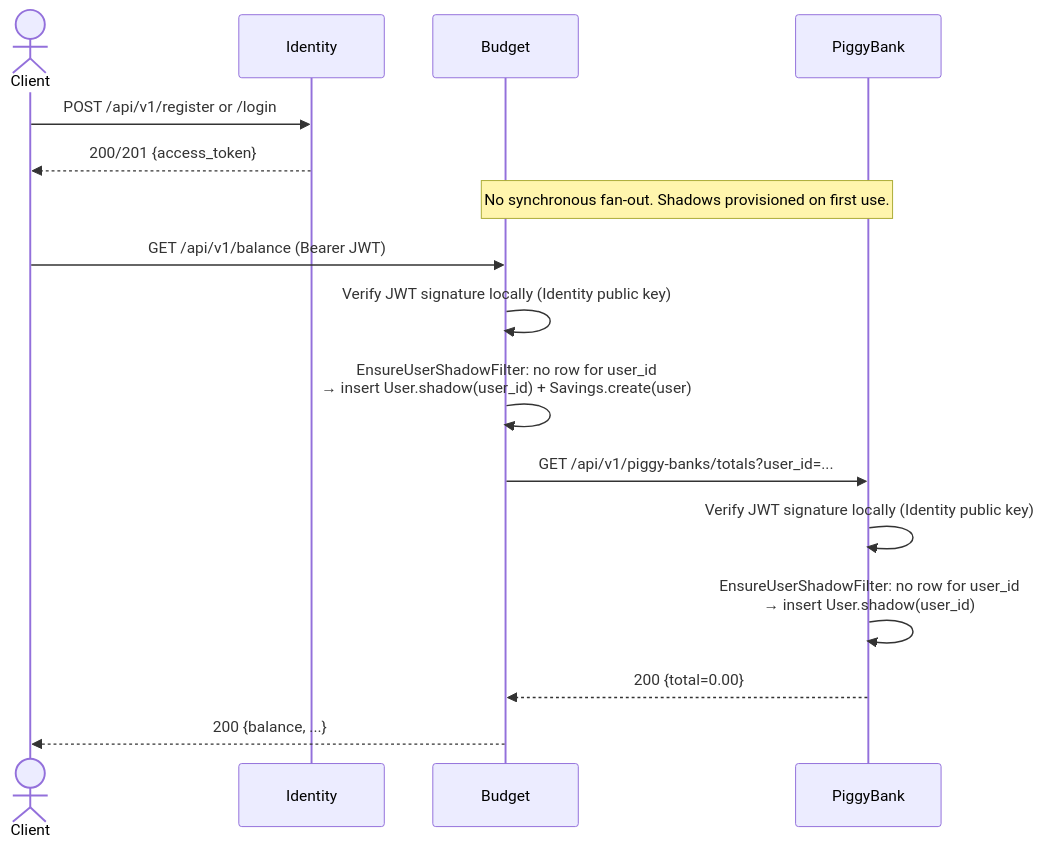
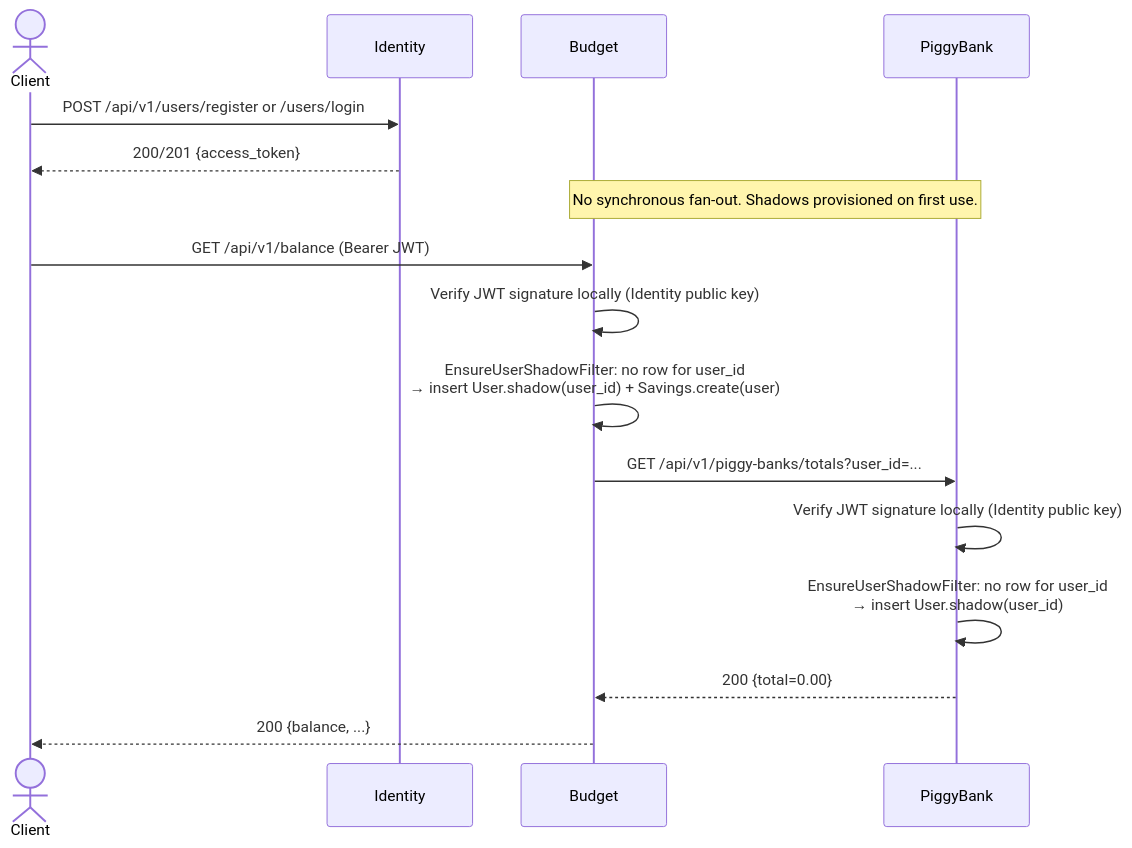
One commit to Papajohn77/Budget-Management changed the second of 4 diagrams in deliverable-a.md. Above: the diagram before and after it, drawn with Mermaid. The commit also changed other lines of this file, not shown here.

Commit message:
Align deliverable A with implementation (/users paths, User entity)

````diff
--- a/deliverable-a.md
+++ b/deliverable-a.md
@@ -208,21 +208,21 @@
 ```mermaid
 sequenceDiagram
     actor Client
     participant Identity
     participant Budget
     participant PiggyBank
 
-    Client->>Identity: POST /api/v1/register or /login
+    Client->>Identity: POST /api/v1/users/register or /users/login
     Identity-->>Client: 200/201 {access_token}
 
     Note over Budget,PiggyBank: No synchronous fan-out. Shadows provisioned on first use.
 
     Client->>Budget: GET /api/v1/balance (Bearer JWT)
     Budget->>Budget: Verify JWT signature locally (Identity public key)
     Budget->>Budget: EnsureUserShadowFilter: no row for user_id<br/>→ insert User.shadow(user_id) + Savings.create(user)
     Budget->>PiggyBank: GET /api/v1/piggy-banks/totals?user_id=...
     PiggyBank->>PiggyBank: Verify JWT signature locally (Identity public key)
     PiggyBank->>PiggyBank: EnsureUserShadowFilter: no row for user_id<br/>→ insert User.shadow(user_id)
     PiggyBank-->>Budget: 200 {total=0.00}
     Budget-->>Client: 200 {balance, ...}
 ```
````
